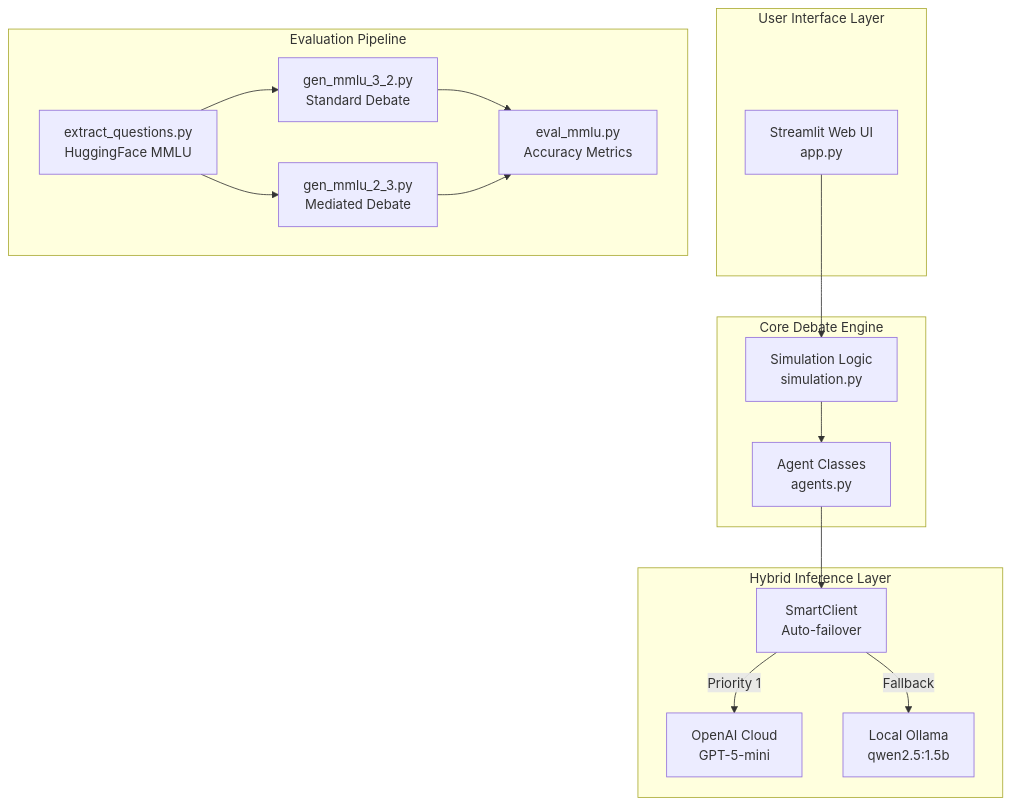
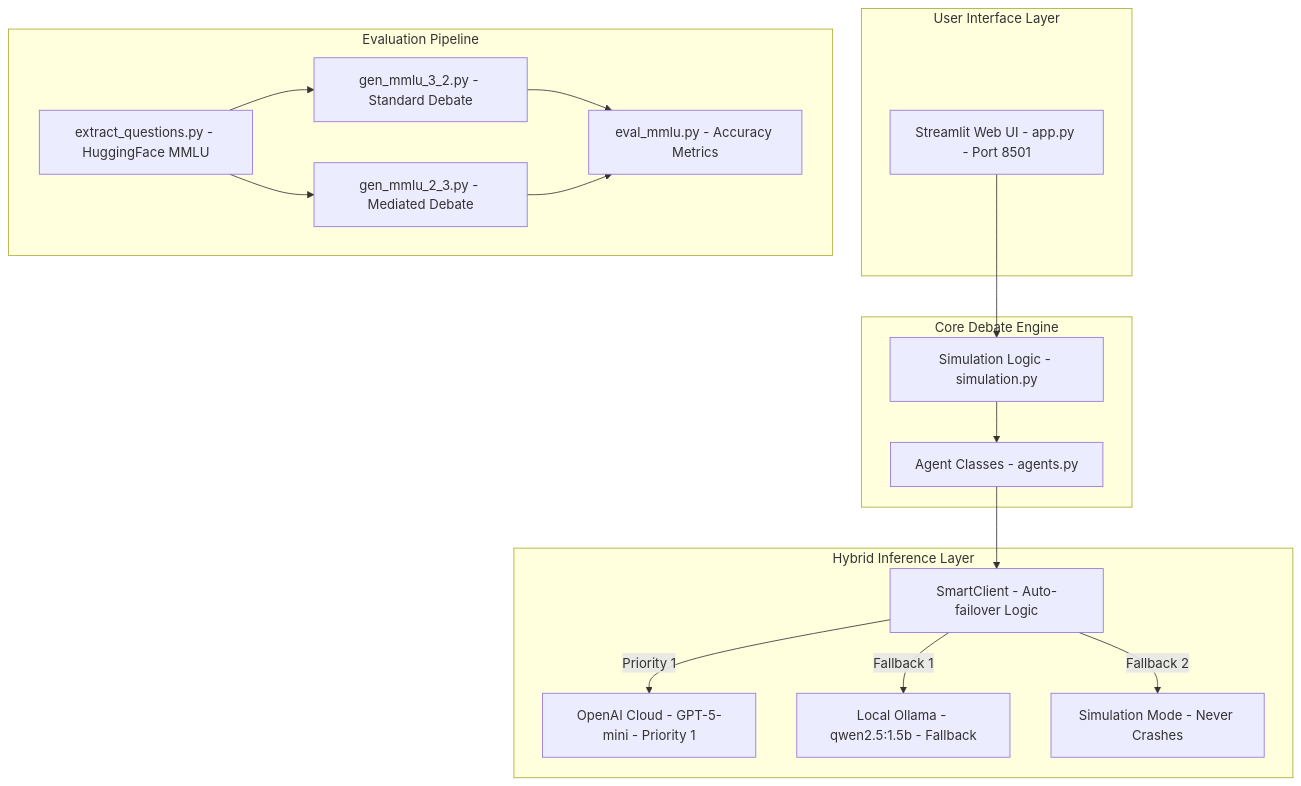
One commit to mikenk2010/COSC3009-Intelligent-Decision-Making-Advanced-IDM-Algorithm-Design changed the second of 22 diagrams in README.md. Above: the diagram before and after it, drawn with Mermaid. The commit also changed other lines of this file and 1 other file, not shown here.

````diff
--- a/README.md
+++ b/README.md
@@ -67,35 +111,37 @@
 ```mermaid
 flowchart TB
     subgraph User["User Interface Layer"]
-        UI[Streamlit Web UI<br/>app.py]
+        UI["Streamlit Web UI - app.py - Port 8501"]
     end
 
     subgraph Core["Core Debate Engine"]
-        SIM[Simulation Logic<br/>simulation.py]
-        AGENTS[Agent Classes<br/>agents.py]
+        SIM["Simulation Logic - simulation.py"]
+        AGENTS["Agent Classes - agents.py"]
     end
 
     subgraph Inference["Hybrid Inference Layer"]
-        SC[SmartClient<br/>Auto-failover]
-        OPENAI[OpenAI Cloud<br/>GPT-5-mini]
-        OLLAMA[Local Ollama<br/>qwen2.5:1.5b]
+        SC["SmartClient - Auto-failover Logic"]
+        OPENAI["OpenAI Cloud - GPT-5-mini - Priority 1"]
+        OLLAMA["Local Ollama - qwen2.5:1.5b - Fallback"]
+        SIMMODE["Simulation Mode - Never Crashes"]
     end
 
     subgraph Eval["Evaluation Pipeline"]
-        EXTRACT[extract_questions.py<br/>HuggingFace MMLU]
-        GEN32[gen_mmlu_3_2.py<br/>Standard Debate]
-        GEN23[gen_mmlu_2_3.py<br/>Mediated Debate]
-        EVAL[eval_mmlu.py<br/>Accuracy Metrics]
+        EXTRACT["extract_questions.py - HuggingFace MMLU"]
+        GEN32["gen_mmlu_3_2.py - Standard Debate"]
+        GEN23["gen_mmlu_2_3.py - Mediated Debate"]
+        EVALPY["eval_mmlu.py - Accuracy Metrics"]
     end
 
     UI --> SIM
     SIM --> AGENTS
     AGENTS --> SC
-    SC --> |Priority 1| OPENAI
-    SC --> |Fallback| OLLAMA
+    SC --> |"Priority 1"| OPENAI
+    SC --> |"Fallback 1"| OLLAMA
+    SC --> |"Fallback 2"| SIMMODE
 
     EXTRACT --> GEN32
     EXTRACT --> GEN23
-    GEN32 --> EVAL
-    GEN23 --> EVAL
+    GEN32 --> EVALPY
+    GEN23 --> EVALPY
 ```
````
